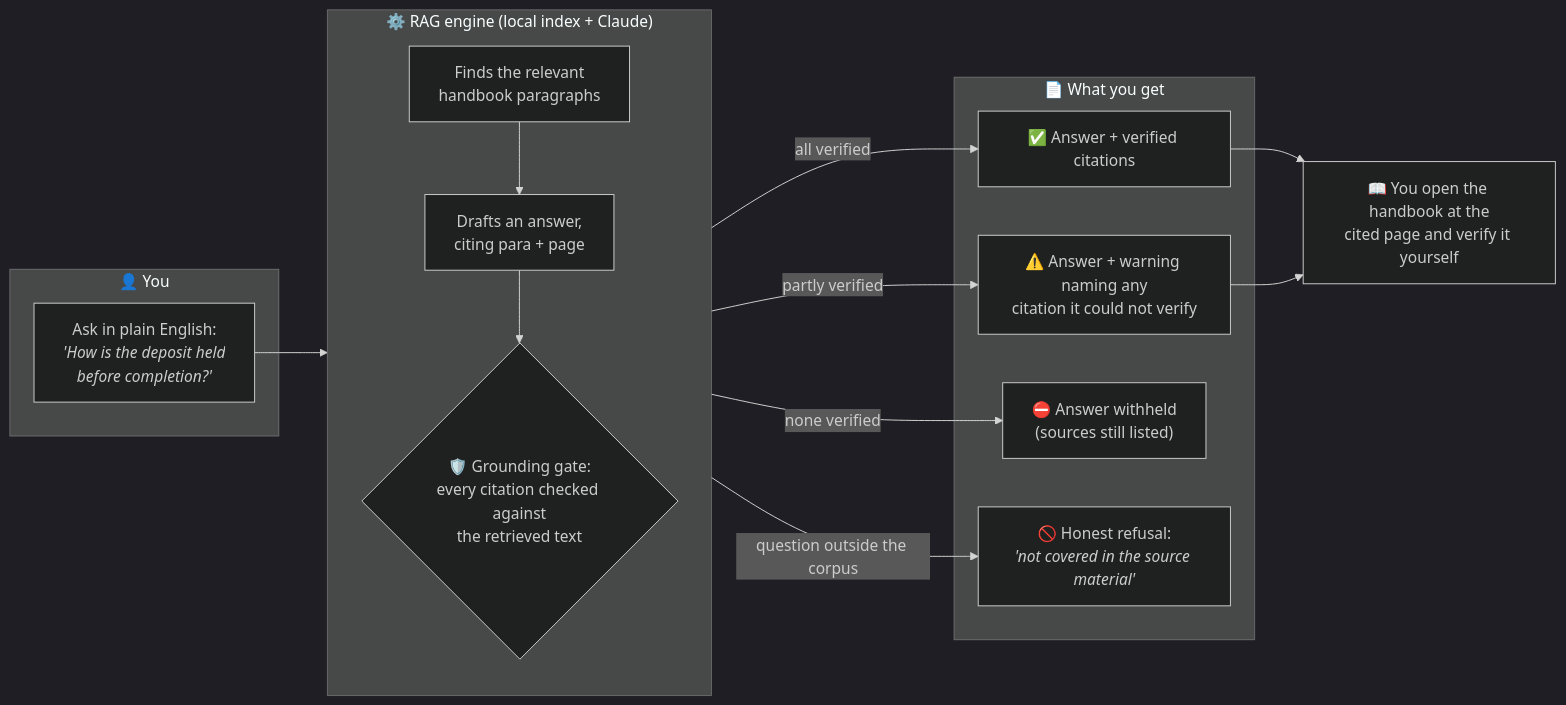
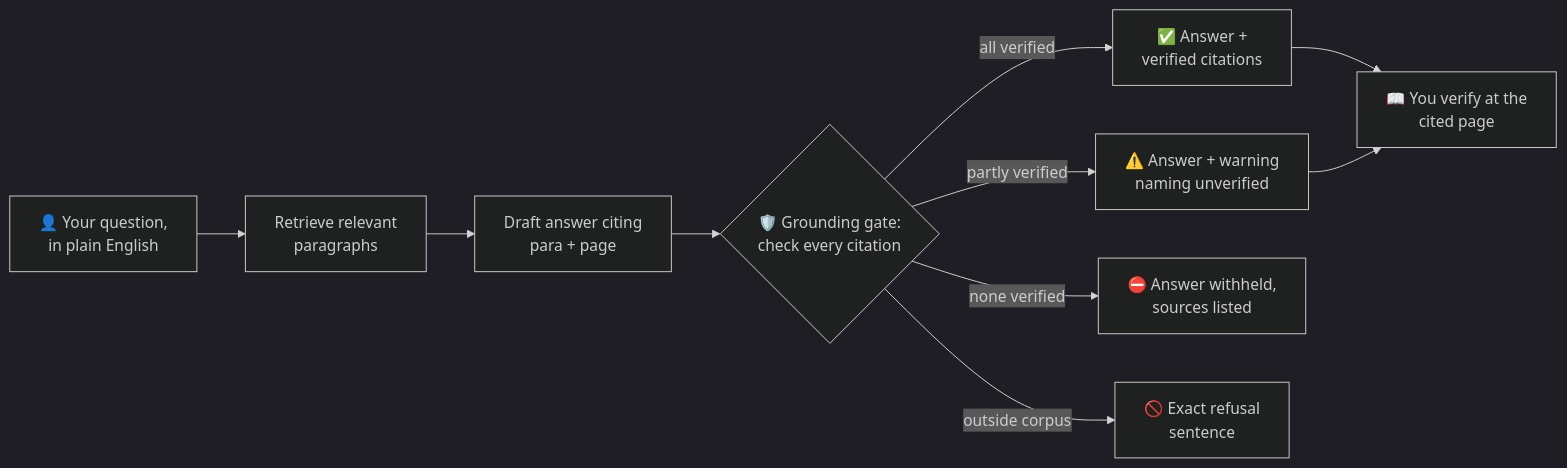
Before and after one commit to Ahsan-ire/rag-pipeline-v1: the first of 2 diagrams in README.md, drawn with Mermaid (dark theme). The commit also changed other lines of this file, not shown here.

Commit message:
polish: GitHub-safe mermaid diagrams — terse labels, no inline HTML
GitHub's mermaid renderer clipped the long multi-line node labels
(text truncated mid-word at box edges). Both README diagrams rewritten
with short labels (max ~3 words/line), no <i> tags, no long quoted
example sentences; the outcome table and step list below each diagram
already carry the detail the labels dropped.

````diff
--- a/README.md
+++ b/README.md
@@ -35,31 +35,12 @@
 ```mermaid
 flowchart LR
-    subgraph you["👤 You"]
-        Q["Ask in plain English:<br/><i>'How is the deposit held<br/>before completion?'</i>"]
-    end
-
-    subgraph engine["⚙️ RAG engine (local index + Claude)"]
-        direction TB
-        R["Finds the relevant<br/>handbook paragraphs"]
-        D["Drafts an answer,<br/>citing para + page"]
-        G{"🛡️ Grounding gate:<br/>every citation checked against<br/>the retrieved text"}
-        R --> D --> G
-    end
-
-    subgraph out["📄 What you get"]
-        A["✅ Answer + verified citations"]
-        W["⚠️ Answer + warning naming any<br/>citation it could not verify"]
-        B["⛔ Answer withheld<br/>(sources still listed)"]
-        REF["🚫 Honest refusal:<br/><i>'not covered in the source material'</i>"]
-    end
-
-    book["📖 You open the handbook at the<br/>cited page and verify it yourself"]
-
-    Q --> engine
-    G -->|all verified| A
-    G -->|partly verified| W
-    G -->|none verified| B
-    engine -->|question outside the corpus| REF
-    A --> book
+    Q["👤 Your question,<br/>in plain English"] --> R["Retrieve relevant<br/>paragraphs"]
+    R --> D["Draft answer citing<br/>para + page"]
+    D --> G{"🛡️ Grounding gate:<br/>check every citation"}
+    G -->|all verified| A["✅ Answer +<br/>verified citations"]
+    G -->|partly verified| W["⚠️ Answer + warning<br/>naming unverified"]
+    G -->|none verified| B["⛔ Answer withheld,<br/>sources listed"]
+    G -->|outside corpus| REF["🚫 Exact refusal<br/>sentence"]
+    A --> book["📖 You verify at the<br/>cited page"]
     W --> book
 ```
````
